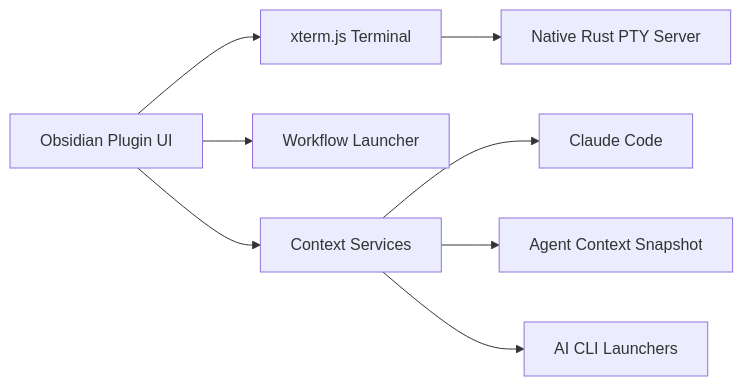
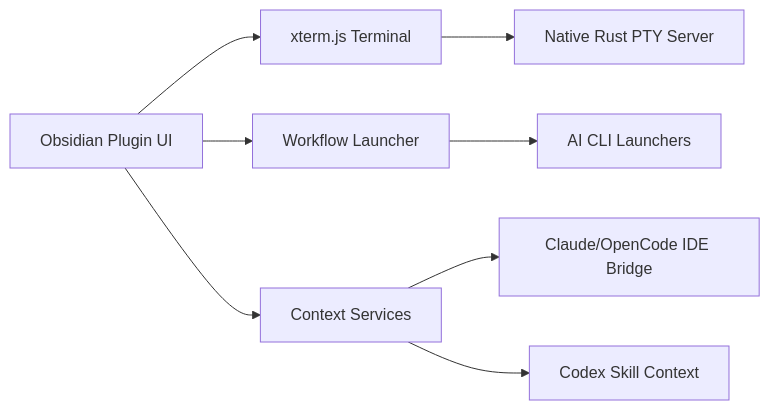
The diagram in README.md (ZyphrZero/Termy), drawn with Mermaid before and after one commit. The commit also changed other lines of this file and 11 other files, not shown here.

First line of the commit message:
feat(context): avoid Codex launch-prompt context injection

````diff
--- a/README.md
+++ b/README.md
@@ -200,10 +200,10 @@
 ```mermaid
 graph LR
   A[Obsidian Plugin UI] --> B[xterm.js Terminal]
   B --> C[Native Rust PTY Server]
   A --> D[Workflow Launcher]
   A --> E[Context Services]
-  E --> F[Claude Code]
-  E --> G[Agent Context Snapshot]
-  E --> H[AI CLI Launchers]
+  E --> F[Claude/OpenCode IDE Bridge]
+  E --> G[Codex Skill Context]
+  D --> H[AI CLI Launchers]
 ```
````
